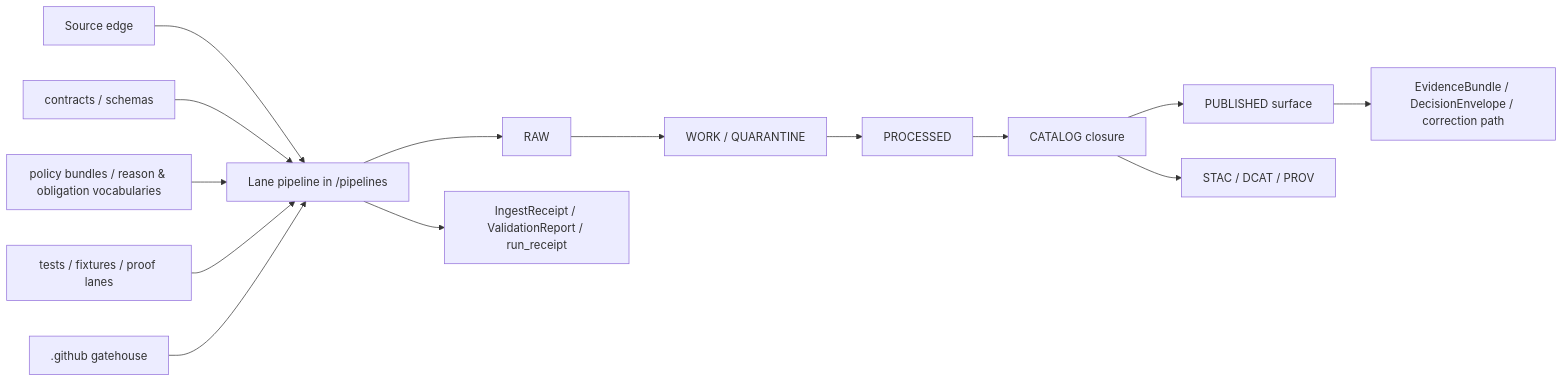
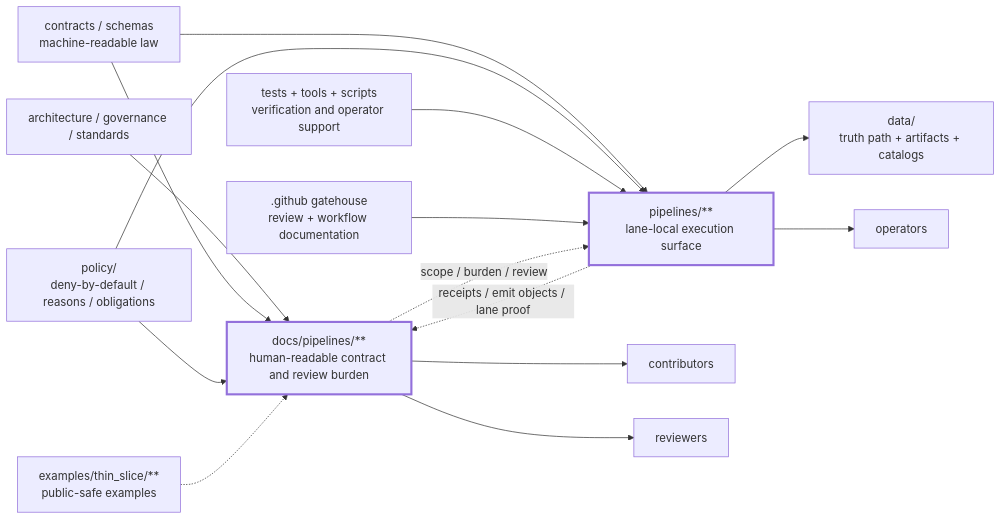
The diagram in pipelines/README.md (bartytime4life/Kansas-Frontier-Matrix), drawn with Mermaid before and after one commit. The commit also changed other lines of this file, not shown here.

````diff
--- a/pipelines/README.md
+++ b/pipelines/README.md
@@ -243,18 +370,33 @@
 ```mermaid
 flowchart LR
-    A[Source edge] --> B[Lane pipeline in /pipelines]
-    B --> C[RAW]
-    C --> D[WORK / QUARANTINE]
-    D --> E[PROCESSED]
-    E --> F[CATALOG closure]
-    F --> G[PUBLISHED surface]
+    A[architecture / governance / standards]
+    B[docs/pipelines/**<br/>human-readable contract and review burden]
+    C[pipelines/**<br/>lane-local execution surface]
+    D[contracts / schemas<br/>machine-readable law]
+    E[policy/<br/>deny-by-default / reasons / obligations]
+    F[data/<br/>truth path + artifacts + catalogs]
+    G[tests + tools + scripts<br/>verification and operator support]
+    H[.github gatehouse<br/>review + workflow documentation]
+    X[examples/thin_slice/**<br/>public-safe examples]
 
-    H[contracts / schemas] --> B
-    I[policy bundles / reason & obligation vocabularies] --> B
-    J[tests / fixtures / proof lanes] --> B
-    K[.github gatehouse] --> B
+    A --> B
+    D --> B
+    E --> B
+    X -.-> B
 
-    B --> L[IngestReceipt / ValidationReport / run_receipt]
-    F --> M[STAC / DCAT / PROV]
-    G --> N[EvidenceBundle / DecisionEnvelope / correction path]
+    D --> C
+    E --> C
+    G --> C
+    H --> C
+    C --> F
+
+    B -.scope / burden / review .-> C
+    C -.receipts / emit objects / lane proof .-> B
+
+    B --> I[contributors]
+    B --> J[reviewers]
+    C --> K[operators]
+
+    style B stroke-width:3px
+    style C stroke-width:3px
 ```
````
